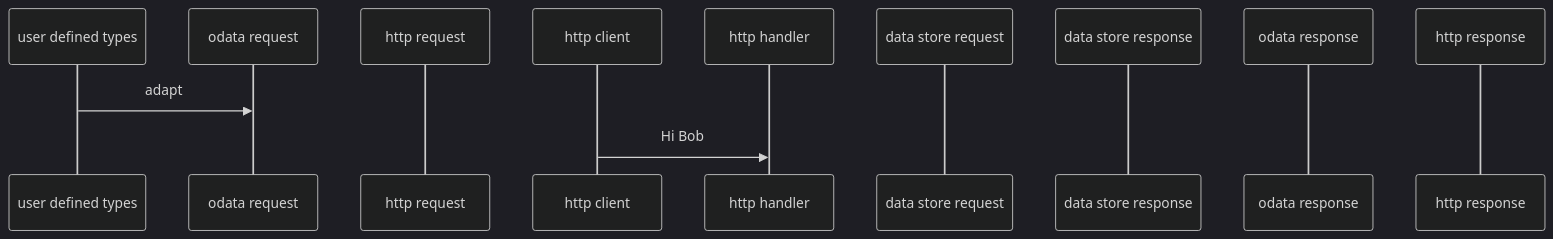
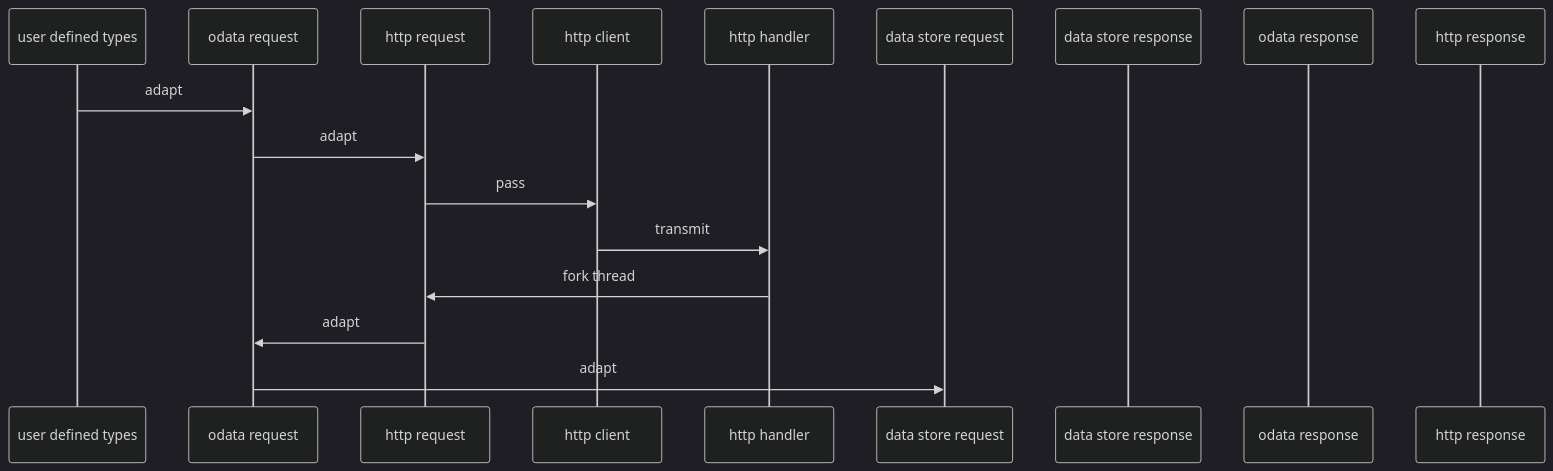
One commit to OData/odata.net changed the first of 2 diagrams in docs/architecture.md. Above: the diagram before and after it, drawn with Mermaid (dark theme).

````diff
--- a/docs/architecture.md
+++ b/docs/architecture.md
@@ -221,14 +221,19 @@
 ```mermaid
 sequenceDiagram
     participant user defined types
     participant odata request
     participant http request
     participant http client
     participant http handler
     participant data store request
     participant data store response
     participant odata response
     participant http response
     user defined types->>odata request: adapt
-    http client->>http handler: Hi Bob
+    odata request->>http request: adapt
+    http request->>http client: pass
+    http client->>http handler: transmit
+    http handler->>http request: fork thread
+    http request->>odata request: adapt
+    odata request->>data store request: adapt
 ```
````
